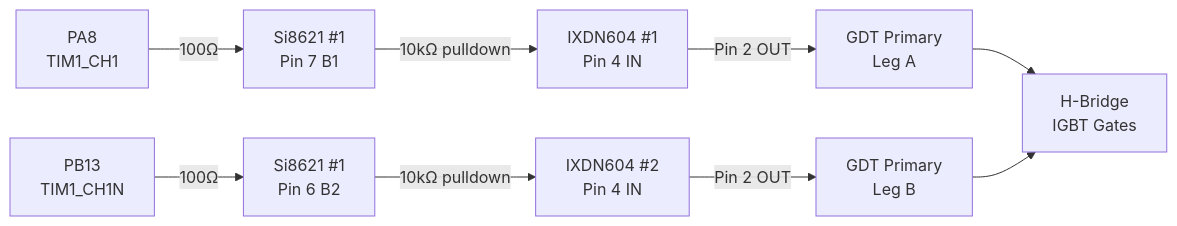
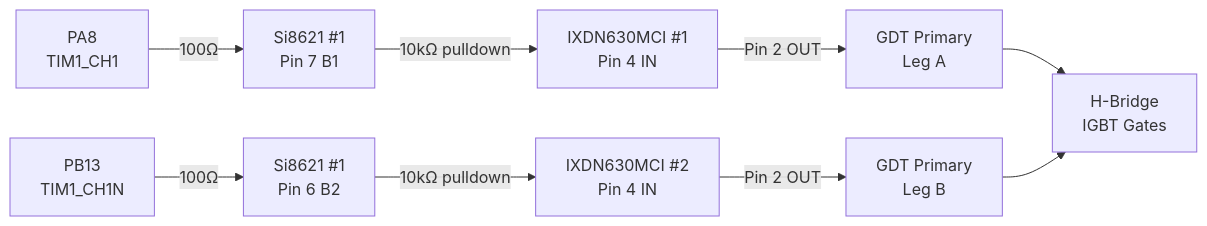
The first of 7 diagrams in docs/SHIELD_LAYOUT.md (metanurb21/Nucleo-induction-heater), drawn with Mermaid before and after one commit. The commit also changed other lines of this file and 5 other files, not shown here.

First line of the commit message:
Fix gate driver part number: IXDN604 -> IXDN630MCI (actual part in use)

````diff
--- a/docs/SHIELD_LAYOUT.md
+++ b/docs/SHIELD_LAYOUT.md
@@ -9,11 +9,11 @@
 ```mermaid
 graph LR
     PA8["PA8<br/>TIM1_CH1"] -->|"100Ω"| ISO1A["Si8621 #1<br/>Pin 2 A1"]
     PB13["PB13<br/>TIM1_CH1N"] -->|"100Ω"| ISO1B["Si8621 #1<br/>Pin 3 A2"]
-    ISO1A["Si8621 #1<br/>Pin 7 B1"] -->|"10kΩ pulldown"| IXDN1["IXDN604 #1<br/>Pin 4 IN"]
-    ISO1B["Si8621 #1<br/>Pin 6 B2"] -->|"10kΩ pulldown"| IXDN2["IXDN604 #2<br/>Pin 4 IN"]
+    ISO1A["Si8621 #1<br/>Pin 7 B1"] -->|"10kΩ pulldown"| IXDN1["IXDN630MCI #1<br/>Pin 4 IN"]
+    ISO1B["Si8621 #1<br/>Pin 6 B2"] -->|"10kΩ pulldown"| IXDN2["IXDN630MCI #2<br/>Pin 4 IN"]
     IXDN1 -->|"Pin 2 OUT"| GDT1["GDT Primary<br/>Leg A"]
     IXDN2 -->|"Pin 2 OUT"| GDT2["GDT Primary<br/>Leg B"]
     GDT1 --> IGBT["H-Bridge<br/>IGBT Gates"]
     GDT2 --> IGBT
 ```
````
